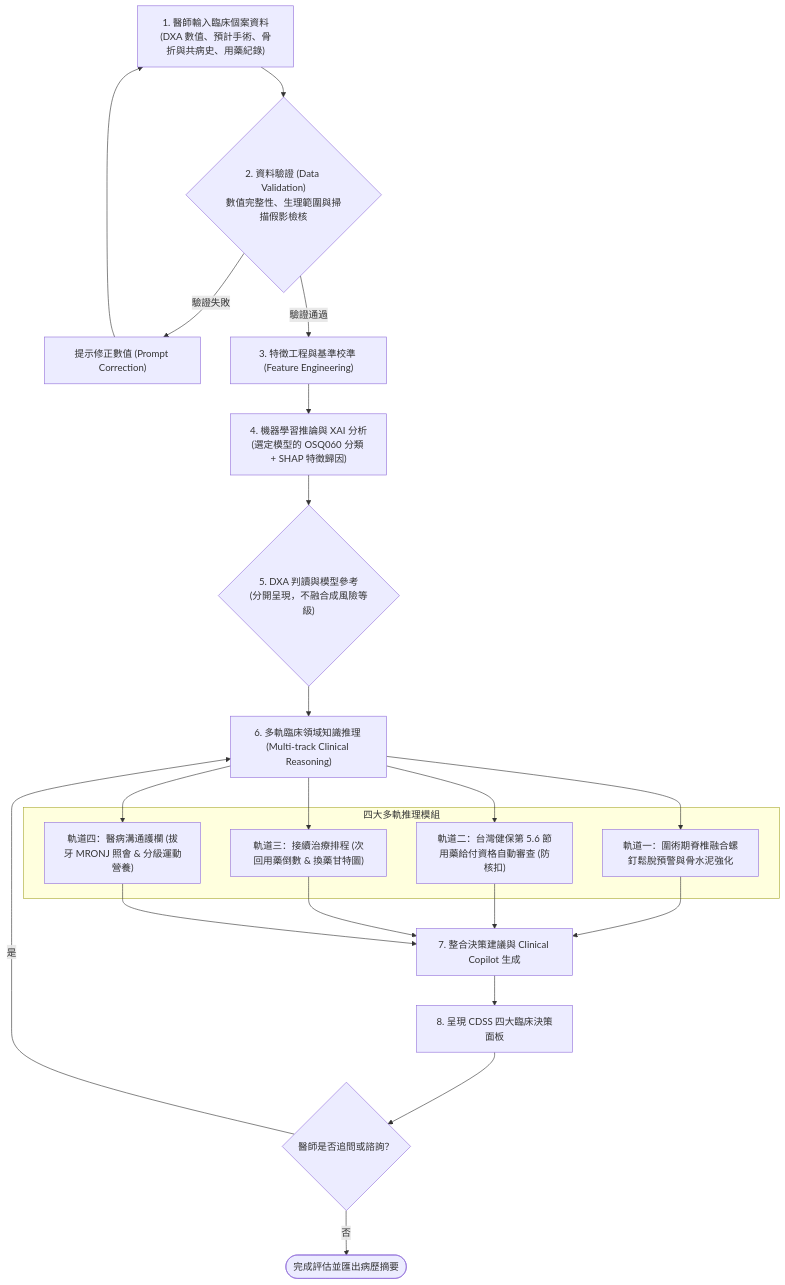
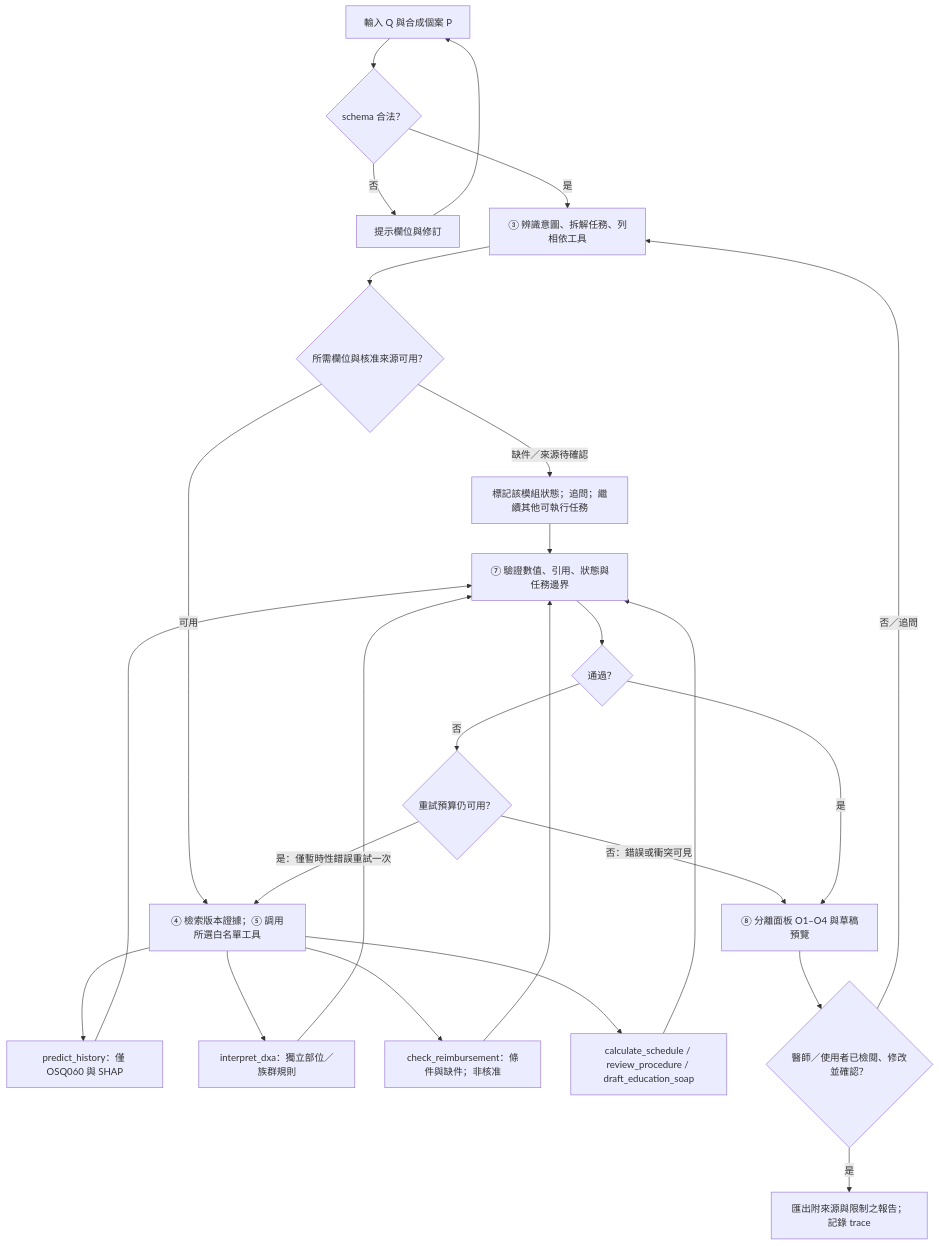
Before and after one commit to contemplator/nchu-bone-health-agent: the second of 2 diagrams in README.md, drawn with Mermaid. The commit also changed other lines of this file and 1 other file, not shown here.

````diff
--- a/README.md
+++ b/README.md
@@ -175,35 +94,22 @@
 ```mermaid
 flowchart TD
-    A["1. 醫師輸入臨床個案資料<br/>(DXA 數值、預計手術、骨折與共病史、用藥紀錄)"] --> B{"2. 資料驗證 (Data Validation)<br/>數值完整性、生理範圍與掃描假影檢核"}
-    
-    B -- "驗證失敗" --> B_ERR["提示修正數值 (Prompt Correction)"]
-    B_ERR --> A
-    
-    B -- "驗證通過" --> C["3. 特徵工程與基準校準 (Feature Engineering)"]
-    C --> D["4. 機器學習推論與 XAI 分析<br/>(選定模型的 OSQ060 分類 + SHAP 特徵歸因)"]
-    D --> E{"5. DXA 判讀與模型參考<br/>(分開呈現，不融合成風險等級)"}
-    
-    E --> F["6. 多軌臨床領域知識推理 (Multi-track Clinical Reasoning)"]
-    
-    subgraph Multi_Track_Reasoning ["四大多軌推理模組"]
-        F1["軌道一：圍術期脊椎融合螺釘鬆脫預警與骨水泥強化"]
-        F2["軌道二：台灣健保第 5.6 節用藥給付資格自動審查 (防核扣)"]
-        F3["軌道三：接續治療排程 (次回用藥倒數 & 換藥甘特圖)"]
-        F4["軌道四：醫病溝通護欄 (拔牙 MRONJ 照會 & 分級運動營養)"]
-    end
-    
-    F --> F1
-    F --> F2
-    F --> F3
-    F --> F4
-    
-    F1 --> G["7. 整合決策建議與 Clinical Copilot 生成"]
-    F2 --> G
-    F3 --> G
-    F4 --> G
-    
-    G --> H["8. 呈現 CDSS 四大臨床決策面板"]
-    H --> I{"醫師是否追問或諮詢？"}
-    I -- "是" --> F
-    I -- "否" --> J(["完成評估並匯出病歷摘要"])
+  I["輸入 Q 與合成個案 P"] --> S{"schema 合法？"}
+  S -- "否" --> C["提示欄位與修訂"] --> I
+  S -- "是" --> P["③ 辨識意圖、拆解任務、列相依工具"]
+  P --> E{"所需欄位與核准來源可用？"}
+  E -- "缺件／來源待確認" --> X["標記該模組狀態；追問；繼續其他可執行任務"]
+  E -- "可用" --> R["④ 檢索版本證據；⑤ 調用所選白名單工具"]
+  R --> M["predict_history：僅 OSQ060 與 SHAP"]
+  R --> D["interpret_dxa：獨立部位／族群規則"]
+  R --> N["check_reimbursement：條件與缺件；非核准"]
+  R --> T["calculate_schedule / review_procedure / draft_education_soap"]
+  M & D & N & T & X --> V["⑦ 驗證數值、引用、狀態與任務邊界"]
+  V --> F{"通過？"}
+  F -- "否" --> B{"重試預算仍可用？"}
+  B -- "是：僅暫時性錯誤重試一次" --> R
+  B -- "否：錯誤或衝突可見" --> O["⑧ 分離面板 O1–O4 與草稿預覽"]
+  F -- "是" --> O
+  O --> H{"醫師／使用者已檢閱、修改並確認？"}
+  H -- "否／追問" --> P
+  H -- "是" --> Z["匯出附來源與限制之報告；記錄 trace"]
 ```
````
